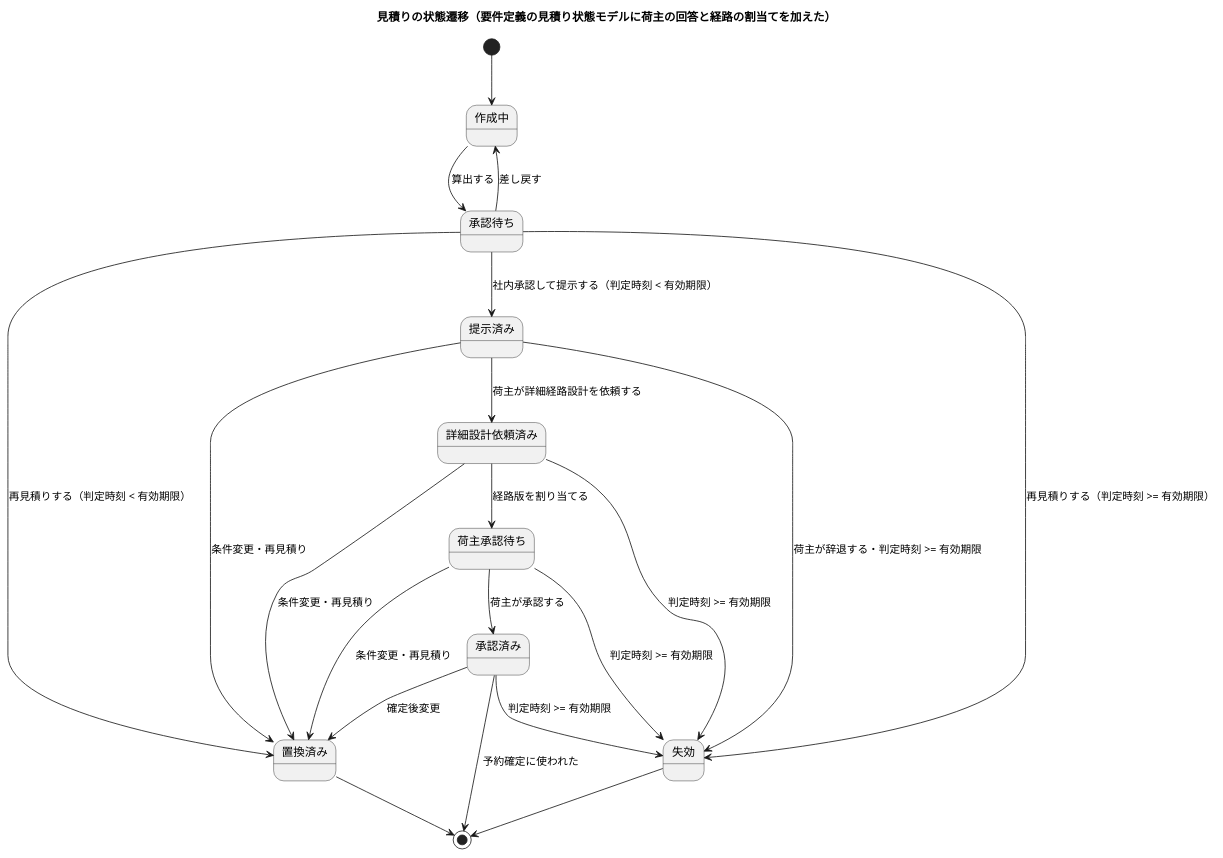
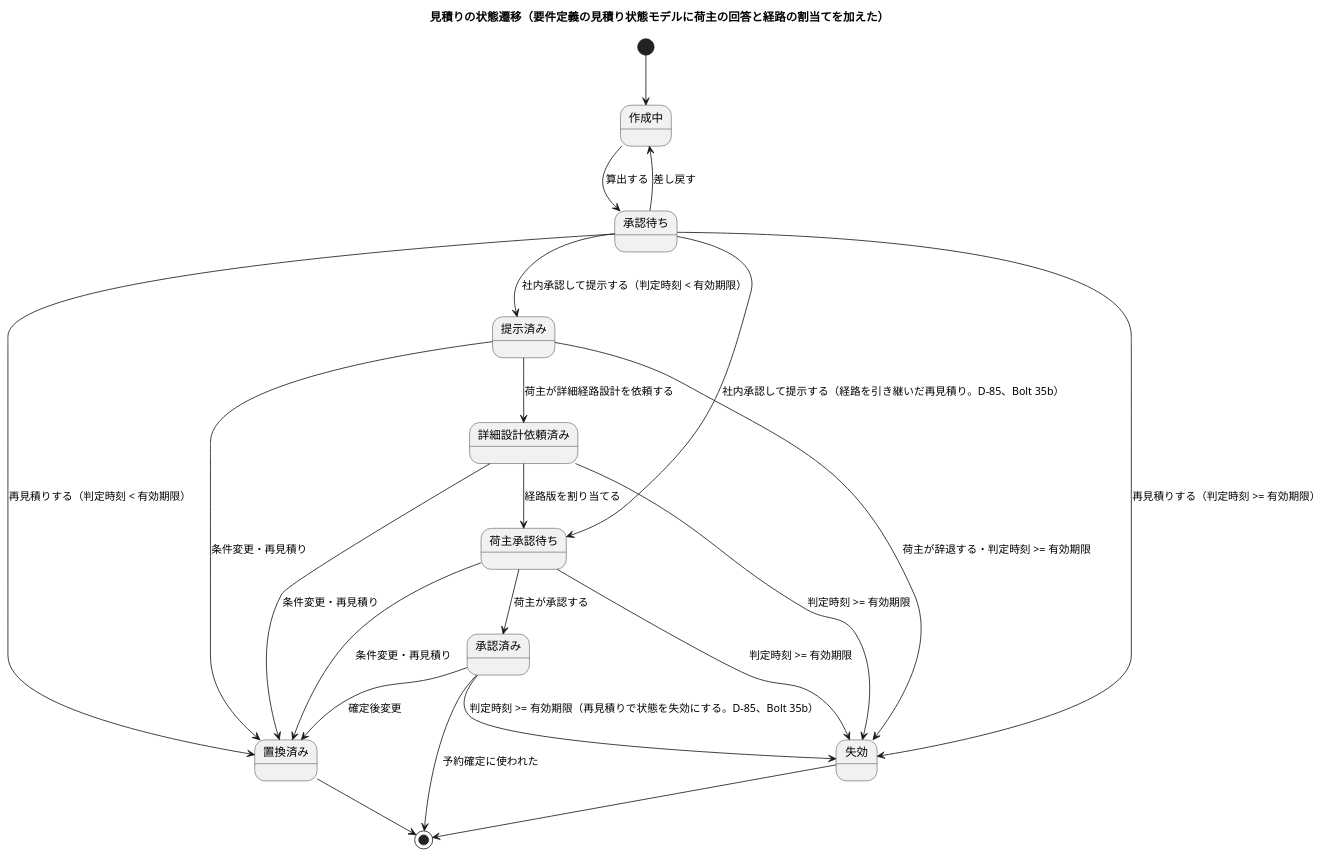
One commit to k2works/practical-domain-driven-design-in-enterpris-application changed the fifth of 23 diagrams in docs/design/cargo-tracker/domain_model.md. Above: the diagram before and after it, drawn with PlantUML. The commit also changed other lines of this file and 6 other files, not shown here.

````diff
--- a/docs/design/cargo-tracker/domain_model.md
+++ b/docs/design/cargo-tracker/domain_model.md
@@ -491,25 +495,26 @@
 ```plantuml
 @startuml
 title 見積りの状態遷移（要件定義の見積り状態モデルに荷主の回答と経路の割当てを加えた）
 [*] --> 作成中
 作成中 --> 承認待ち : 算出する
 承認待ち --> 提示済み : 社内承認して提示する（判定時刻 < 有効期限）
+承認待ち --> 荷主承認待ち : 社内承認して提示する（経路を引き継いだ再見積り。D-85、Bolt 35b）
 承認待ち --> 作成中 : 差し戻す
 承認待ち --> 置換済み : 再見積りする（判定時刻 < 有効期限）
 承認待ち --> 失効 : 再見積りする（判定時刻 >= 有効期限）
 提示済み --> 詳細設計依頼済み : 荷主が詳細経路設計を依頼する
 詳細設計依頼済み --> 荷主承認待ち : 経路版を割り当てる
 荷主承認待ち --> 承認済み : 荷主が承認する
 提示済み --> 失効 : 荷主が辞退する・判定時刻 >= 有効期限
 詳細設計依頼済み --> 失効 : 判定時刻 >= 有効期限
 荷主承認待ち --> 失効 : 判定時刻 >= 有効期限
-承認済み --> 失効 : 判定時刻 >= 有効期限
+承認済み --> 失効 : 判定時刻 >= 有効期限（再見積りで状態を失効にする。D-85、Bolt 35b）
 提示済み --> 置換済み : 条件変更・再見積り
 詳細設計依頼済み --> 置換済み : 条件変更・再見積り
 荷主承認待ち --> 置換済み : 条件変更・再見積り
 承認済み --> 置換済み : 確定後変更
 失効 --> [*]
 置換済み --> [*]
 承認済み --> [*] : 予約確定に使われた
 @enduml
 ```
````
